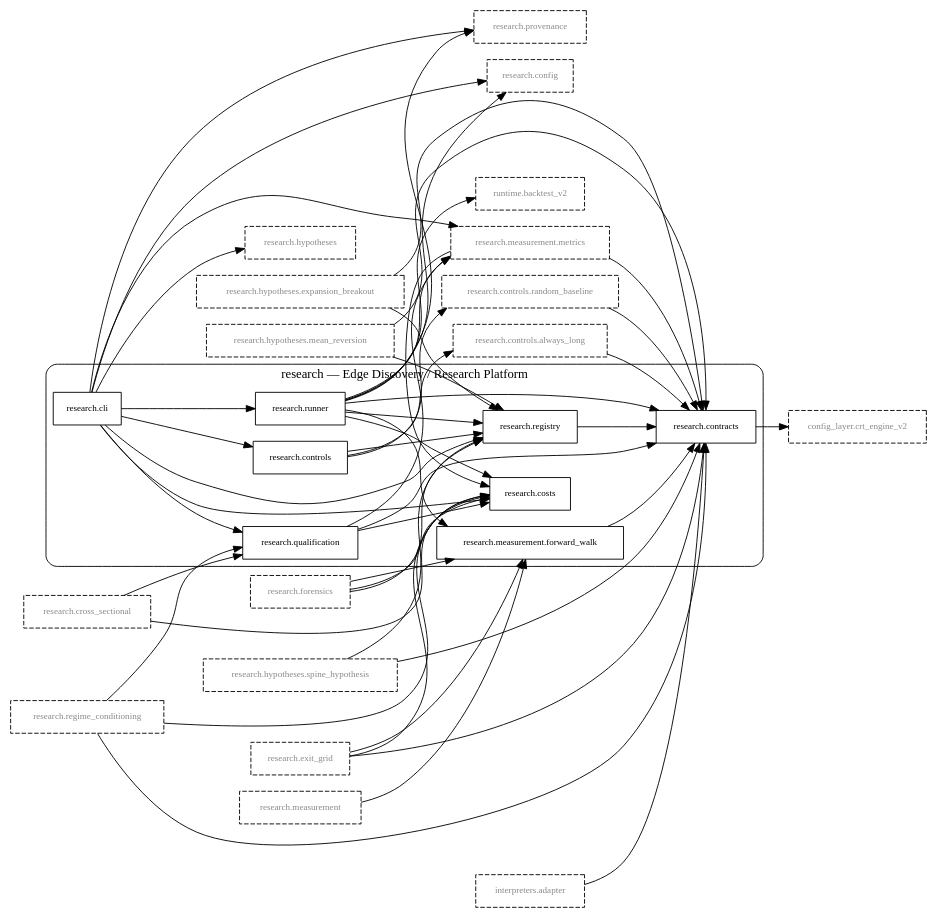
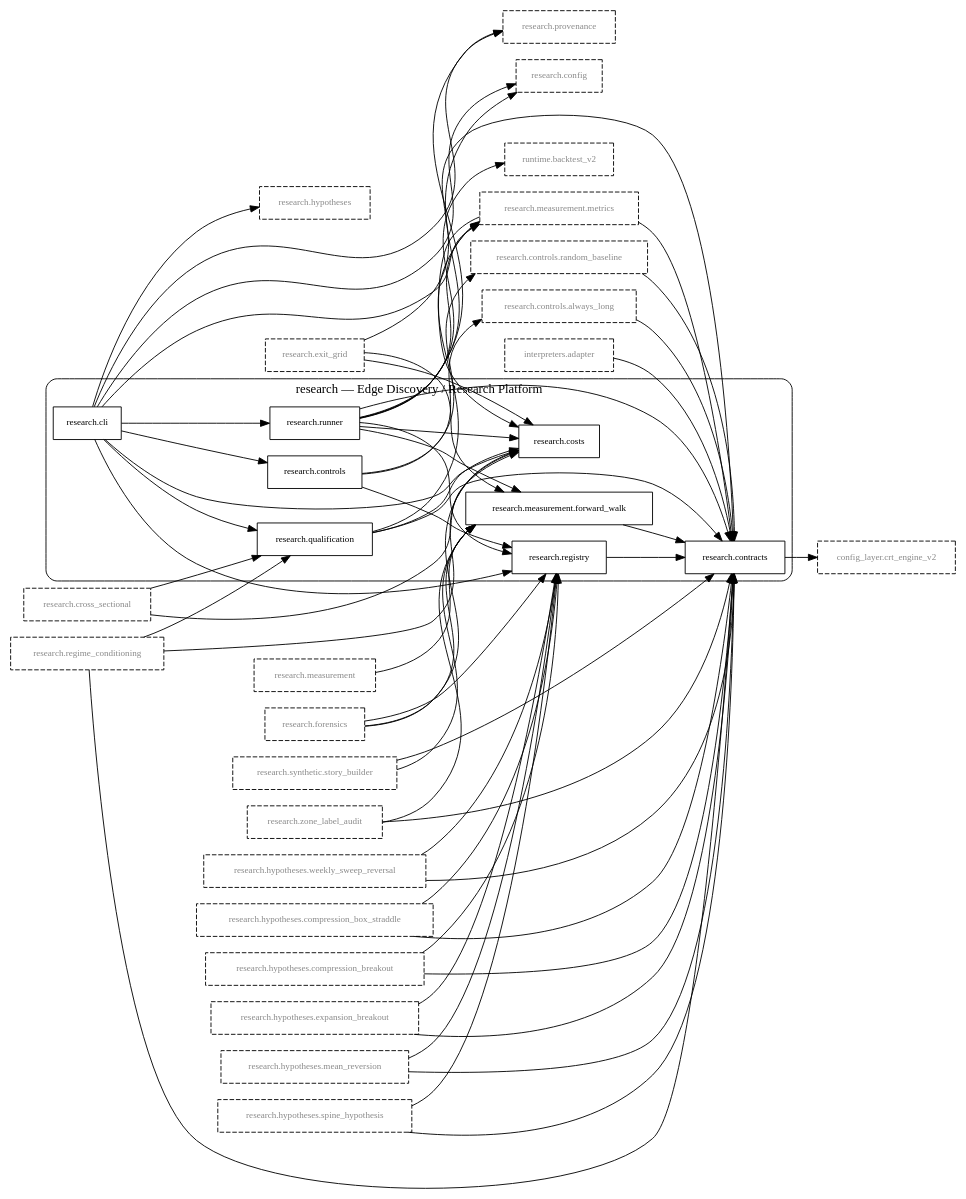
The diagram in flow_graphs/research.dot (Chaithu1995-0312/TradeHlt), drawn with Graphviz before and after one commit. The commit also changed 159 other files, not shown here.

```diff
--- a/flow_graphs/research.dot
+++ b/flow_graphs/research.dot
@@ -1,88 +1,103 @@
 digraph flow_research {
     rankdir=LR;
     node [shape=box, fontsize=10];
 
     subgraph "cluster_research" {
         label="research — Edge Discovery / Research Platform"; style="rounded";
         "research.cli";
         "research.contracts";
         "research.controls";
         "research.costs";
         "research.measurement.forward_walk";
         "research.qualification";
         "research.registry";
         "research.runner";
     }
 
     // 1-hop dependency boundary (not flow members)
     "config_layer.crt_engine_v2" [style="dashed", fontcolor="#888888"];
     "interpreters.adapter" [style="dashed", fontcolor="#888888"];
     "research.config" [style="dashed", fontcolor="#888888"];
     "research.controls.always_long" [style="dashed", fontcolor="#888888"];
     "research.controls.random_baseline" [style="dashed", fontcolor="#888888"];
     "research.cross_sectional" [style="dashed", fontcolor="#888888"];
     "research.exit_grid" [style="dashed", fontcolor="#888888"];
     "research.forensics" [style="dashed", fontcolor="#888888"];
     "research.hypotheses" [style="dashed", fontcolor="#888888"];
+    "research.hypotheses.compression_box_straddle" [style="dashed", fontcolor="#888888"];
+    "research.hypotheses.compression_breakout" [style="dashed", fontcolor="#888888"];
     "research.hypotheses.expansion_breakout" [style="dashed", fontcolor="#888888"];
     "research.hypotheses.mean_reversion" [style="dashed", fontcolor="#888888"];
     "research.hypotheses.spine_hypothesis" [style="dashed", fontcolor="#888888"];
+    "research.hypotheses.weekly_sweep_reversal" [style="dashed", fontcolor="#888888"];
     "research.measurement" [style="dashed", fontcolor="#888888"];
     "research.measurement.metrics" [style="dashed", fontcolor="#888888"];
     "research.provenance" [style="dashed", fontcolor="#888888"];
     "research.regime_conditioning" [style="dashed", fontcolor="#888888"];
+    "research.synthetic.story_builder" [style="dashed", fontcolor="#888888"];
+    "research.zone_label_audit" [style="dashed", fontcolor="#888888"];
     "runtime.backtest_v2" [style="dashed", fontcolor="#888888"];
 
     // member -> member (intra-flow dependencies)
     "research.cli" -> "research.controls";
     "research.cli" -> "research.costs";
     "research.cli" -> "research.qualification";
     "research.cli" -> "research.registry";
     "research.cli" -> "research.runner";
     "research.controls" -> "research.registry";
     "research.measurement.forward_walk" -> "research.contracts";
     "research.qualification" -> "research.contracts";
     "research.qualification" -> "research.costs";
     "research.registry" -> "research.contracts";
     "research.runner" -> "research.contracts";
     "research.runner" -> "research.costs";
     "research.runner" -> "research.measurement.forward_walk";
     "research.runner" -> "research.registry";
 
     // boundary dependencies (one endpoint outside the flow)
     "interpreters.adapter" -> "research.contracts";
     "research.cli" -> "research.config";
     "research.cli" -> "research.hypotheses";
     "research.cli" -> "research.measurement.metrics";
     "research.cli" -> "research.provenance";
     "research.contracts" -> "config_layer.crt_engine_v2";
     "research.controls" -> "research.controls.always_long";
     "research.controls" -> "research.controls.random_baseline";
     "research.controls.always_long" -> "research.contracts";
     "research.controls.random_baseline" -> "research.contracts";
     "research.cross_sectional" -> "research.costs";
     "research.cross_sectional" -> "research.qualification";
     "research.exit_grid" -> "research.contracts";
     "research.exit_grid" -> "research.costs";
     "research.exit_grid" -> "research.measurement.forward_walk";
     "research.forensics" -> "research.costs";
     "research.forensics" -> "research.measurement.forward_walk";
     "research.forensics" -> "research.registry";
+    "research.hypotheses.compression_box_straddle" -> "research.contracts";
+    "research.hypotheses.compression_box_straddle" -> "research.registry";
+    "research.hypotheses.compression_breakout" -> "research.contracts";
+    "research.hypotheses.compression_breakout" -> "research.registry";
     "research.hypotheses.expansion_breakout" -> "research.contracts";
     "research.hypotheses.expansion_breakout" -> "research.registry";
     "research.hypotheses.mean_reversion" -> "research.contracts";
     "research.hypotheses.mean_reversion" -> "research.registry";
     "research.hypotheses.spine_hypothesis" -> "research.contracts";
     "research.hypotheses.spine_hypothesis" -> "research.registry";
+    "research.hypotheses.weekly_sweep_reversal" -> "research.contracts";
+    "research.hypotheses.weekly_sweep_reversal" -> "research.registry";
     "research.measurement" -> "research.measurement.forward_walk";
     "research.measurement.metrics" -> "research.contracts";
     "research.measurement.metrics" -> "research.costs";
     "research.qualification" -> "research.measurement.metrics";
     "research.regime_conditioning" -> "research.contracts";
     "research.regime_conditioning" -> "research.costs";
     "research.regime_conditioning" -> "research.qualification";
     "research.runner" -> "research.config";
     "research.runner" -> "research.measurement.metrics";
     "research.runner" -> "research.provenance";
     "research.runner" -> "runtime.backtest_v2";
+    "research.synthetic.story_builder" -> "research.contracts";
+    "research.synthetic.story_builder" -> "research.measurement.forward_walk";
+    "research.zone_label_audit" -> "research.contracts";
+    "research.zone_label_audit" -> "research.measurement.forward_walk";
 }
```
